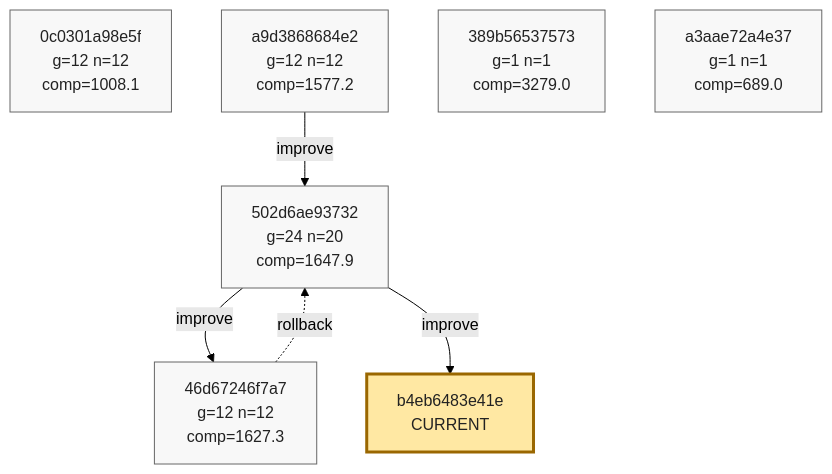
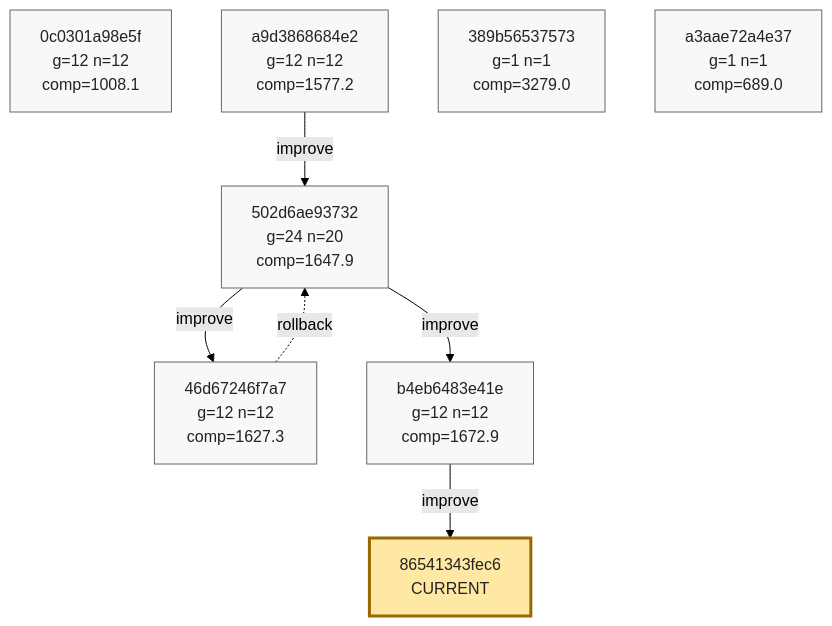
The tenth of 10 diagrams in phyrogenetic-tree.md (azumag/soviet_now), drawn with Mermaid (forest theme) before and after one commit. The commit also changed other lines of this file and 2 other files, not shown here.

Commit message:
eloop Improve after 12 games (scores: 1411 1784 2169 2230 2131 1595 2060 1730 1214 1381 2360 1558)

````diff
--- a/phyrogenetic-tree.md
+++ b/phyrogenetic-tree.md
@@ -2542,28 +2541,31 @@
 ```mermaid
 flowchart TD
     h_0c0301a98e5f["0c0301a98e5f<br/>g=12 n=12<br/>comp=1008.1"]
     h_a9d3868684e2["a9d3868684e2<br/>g=12 n=12<br/>comp=1577.2"]
     h_502d6ae93732["502d6ae93732<br/>g=24 n=20<br/>comp=1647.9"]
     h_46d67246f7a7["46d67246f7a7<br/>g=12 n=12<br/>comp=1627.3"]
+    h_b4eb6483e41e["b4eb6483e41e<br/>g=12 n=12<br/>comp=1672.9"]
     h_389b56537573["389b56537573<br/>g=1 n=1<br/>comp=3279.0"]
     h_a3aae72a4e37["a3aae72a4e37<br/>g=1 n=1<br/>comp=689.0"]
-    h_b4eb6483e41e["b4eb6483e41e<br/>CURRENT"]
+    h_86541343fec6["86541343fec6<br/>CURRENT"]
 
     h_a9d3868684e2 -->|improve| h_502d6ae93732
     h_502d6ae93732 -->|improve| h_46d67246f7a7
     h_46d67246f7a7 -. rollback .-> h_502d6ae93732
     h_502d6ae93732 -->|improve| h_b4eb6483e41e
+    h_b4eb6483e41e -->|improve| h_86541343fec6
 
     classDef plain fill:#f8f8f8,stroke:#666,stroke-width:1px,color:#222;
     classDef current fill:#ffe8a3,stroke:#9a6700,stroke-width:3px,color:#222;
     classDef anchor fill:#d7f5dd,stroke:#1f6f43,stroke-width:3px,color:#222;
     classDef current_anchor fill:#f3e4a8,stroke:#1f6f43,stroke-width:4px,color:#222;
 
     class h_0c0301a98e5f plain;
     class h_a9d3868684e2 plain;
     class h_502d6ae93732 plain;
     class h_46d67246f7a7 plain;
+    class h_b4eb6483e41e plain;
     class h_389b56537573 plain;
     class h_a3aae72a4e37 plain;
-    class h_b4eb6483e41e current;
+    class h_86541343fec6 current;
 ```
````
